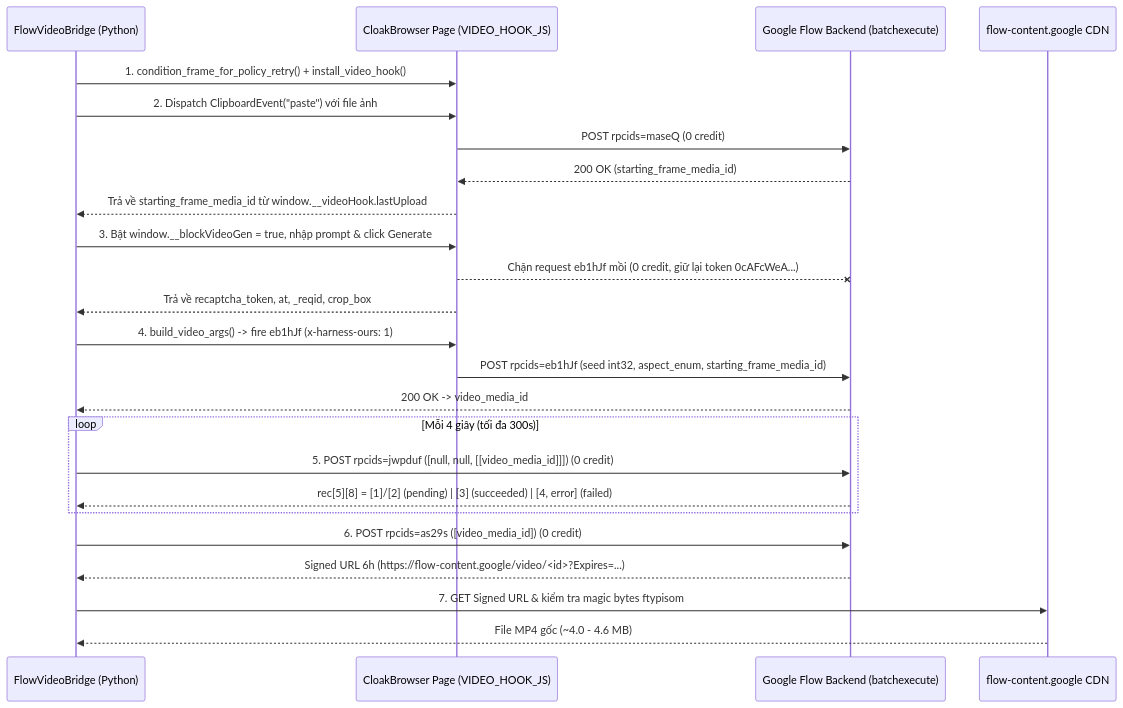
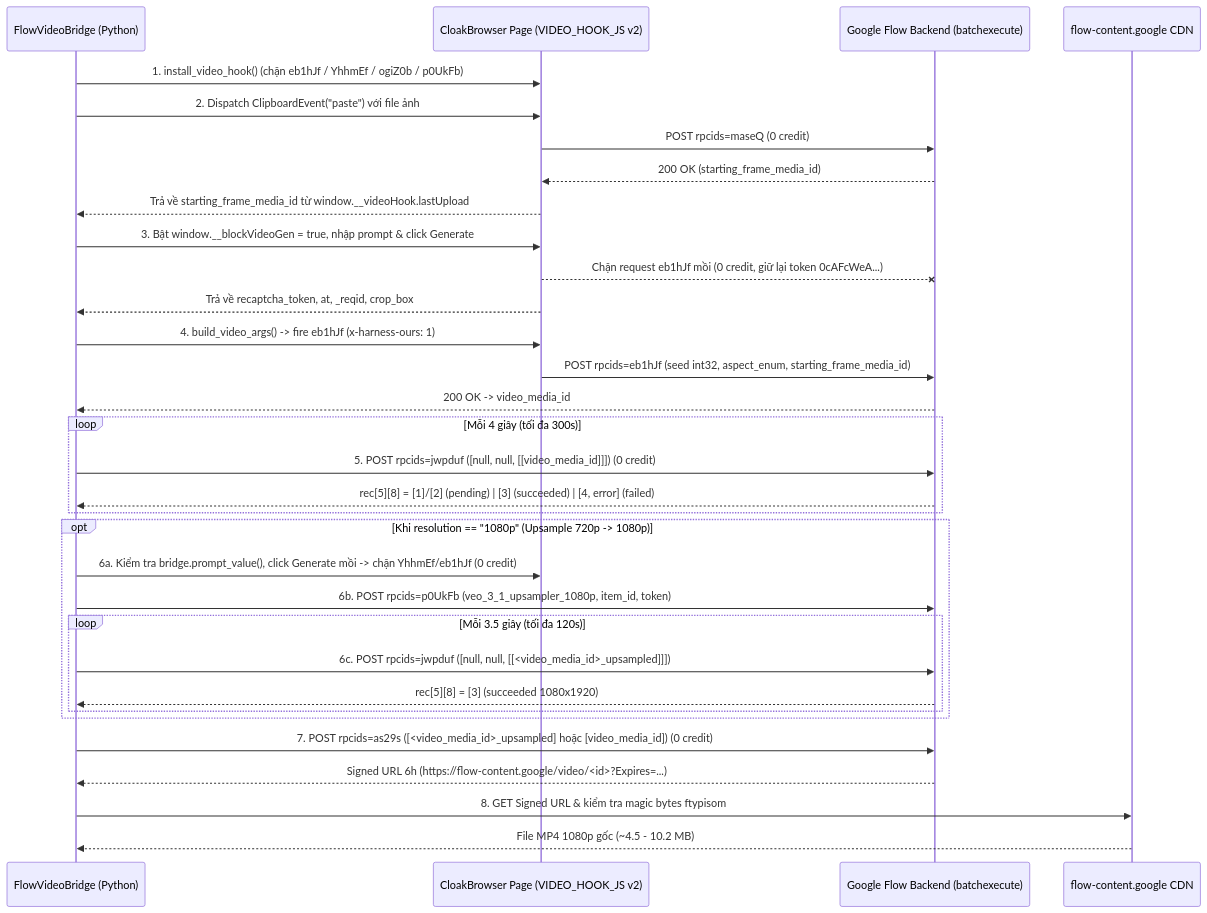
Before and after one commit to KienNguyen1911/flow-reverse: the diagram in docs/api_specs/flow_create_video.md, drawn with Mermaid. The commit also changed other lines of this file and 18 other files, not shown here.

Commit message:
fix(video-bridge): fix 1080p upsample fallback (prompt_value & YhhmEf decoy hook), watermark removal & docs

````diff
--- a/docs/api_specs/flow_create_video.md
+++ b/docs/api_specs/flow_create_video.md
@@ -275,31 +281,40 @@
 ```mermaid
 sequenceDiagram
     participant W as FlowVideoBridge (Python)
-    participant P as CloakBrowser Page (VIDEO_HOOK_JS)
+    participant P as CloakBrowser Page (VIDEO_HOOK_JS v2)
     participant G as Google Flow Backend (batchexecute)
     participant C as flow-content.google CDN
 
-    W->>P: 1. condition_frame_for_policy_retry() + install_video_hook()
+    W->>P: 1. install_video_hook() (chặn eb1hJf / YhhmEf / ogiZ0b / p0UkFb)
     W->>P: 2. Dispatch ClipboardEvent("paste") với file ảnh
     P->>G: POST rpcids=maseQ (0 credit)
     G-->>P: 200 OK (starting_frame_media_id)
     P-->>W: Trả về starting_frame_media_id từ window.__videoHook.lastUpload
 
     W->>P: 3. Bật window.__blockVideoGen = true, nhập prompt & click Generate
     P--xG: Chặn request eb1hJf mồi (0 credit, giữ lại token 0cAFcWeA...)
     P-->>W: Trả về recaptcha_token, at, _reqid, crop_box
 
     W->>P: 4. build_video_args() -> fire eb1hJf (x-harness-ours: 1)
     P->>G: POST rpcids=eb1hJf (seed int32, aspect_enum, starting_frame_media_id)
     G-->>W: 200 OK -> video_media_id
 
     loop Mỗi 4 giây (tối đa 300s)
         W->>G: 5. POST rpcids=jwpduf ([null, null, [[video_media_id]]]) (0 credit)
         G-->>W: rec[5][8] = [1]/[2] (pending) | [3] (succeeded) | [4, error] (failed)
     end
 
-    W->>G: 6. POST rpcids=as29s ([video_media_id]) (0 credit)
+    opt Khi resolution == "1080p" (Upsample 720p -> 1080p)
+        W->>P: 6a. Kiểm tra bridge.prompt_value(), click Generate mồi -> chặn YhhmEf/eb1hJf (0 credit)
+        W->>G: 6b. POST rpcids=p0UkFb (veo_3_1_upsampler_1080p, item_id, token)
+        loop Mỗi 3.5 giây (tối đa 120s)
+            W->>G: 6c. POST rpcids=jwpduf ([null, null, [[<video_media_id>_upsampled]]])
+            G-->>W: rec[5][8] = [3] (succeeded 1080x1920)
+        end
+    end
+
+    W->>G: 7. POST rpcids=as29s ([<video_media_id>_upsampled] hoặc [video_media_id]) (0 credit)
     G-->>W: Signed URL 6h (https://flow-content.google/video/<id>?Expires=...)
-    W->>C: 7. GET Signed URL & kiểm tra magic bytes ftypisom
-    C-->>W: File MP4 gốc (~4.0 - 4.6 MB)
+    W->>C: 8. GET Signed URL & kiểm tra magic bytes ftypisom
+    C-->>W: File MP4 1080p gốc (~4.5 - 10.2 MB)
 ```
````
